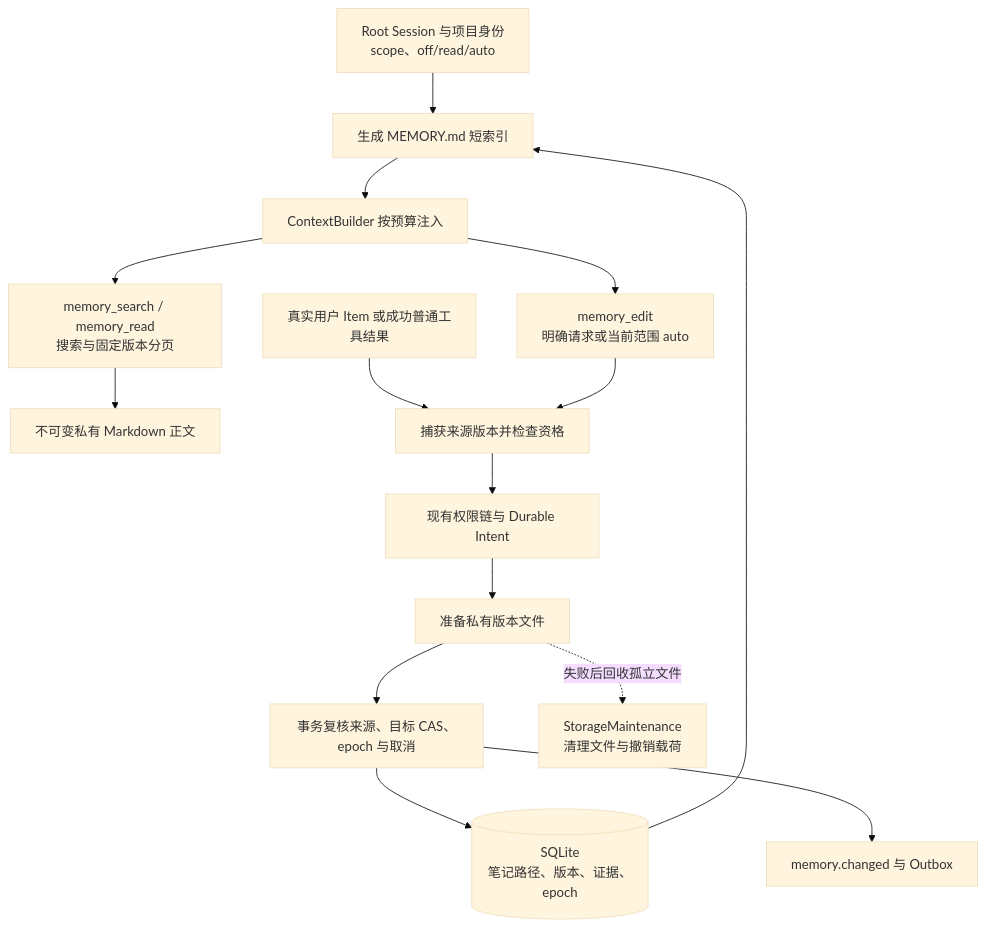
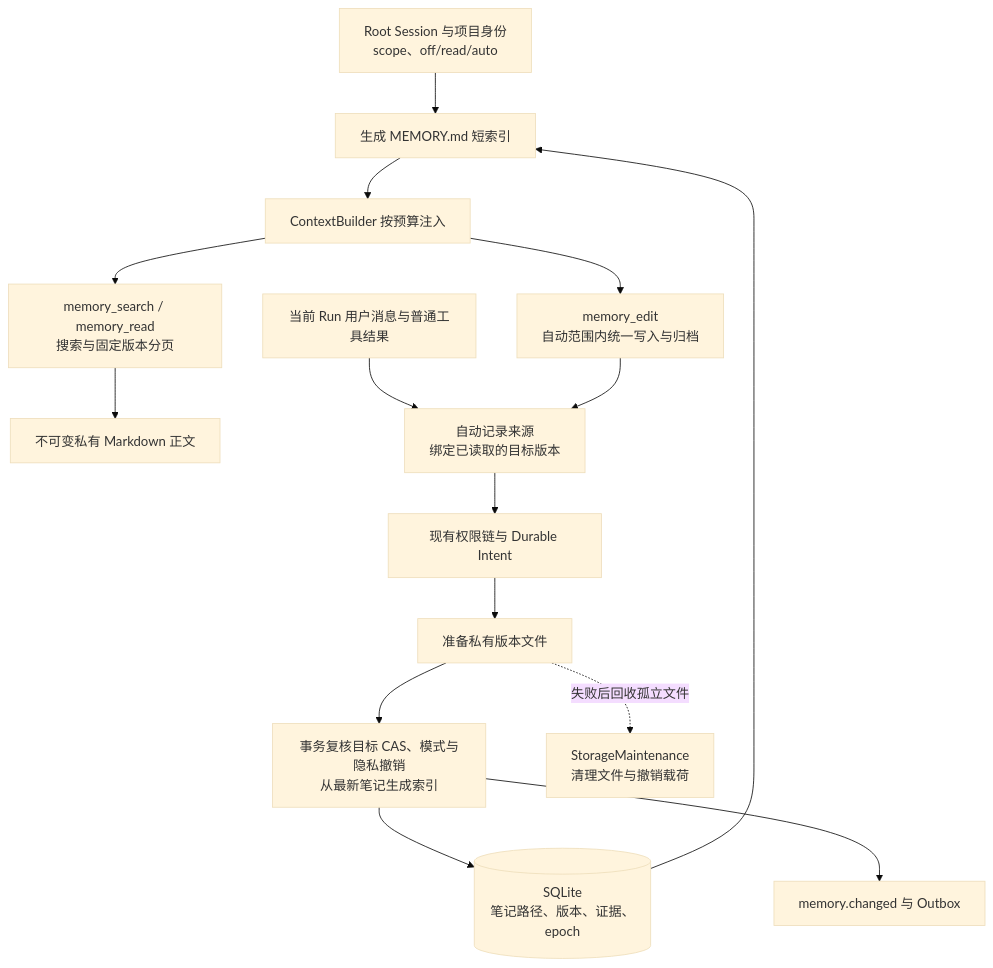
One commit to idy534/Eidos changed the diagram in docs/architecture/diagrams/06-memory.mmd. Above: the diagram before and after it, drawn with Mermaid (base theme). The commit also changed 74 other files, not shown here.

```diff
--- a/docs/architecture/diagrams/06-memory.mmd
+++ b/docs/architecture/diagrams/06-memory.mmd
@@ -1,15 +1,15 @@
 flowchart TB
   access[Root Session 与项目身份<br/>scope、off/read/auto] --> index[生成 MEMORY.md 短索引]
   meta[(SQLite<br/>笔记路径、版本、证据、epoch)] --> index
   index --> context[ContextBuilder 按预算注入]
   context --> search[memory_search / memory_read<br/>搜索与固定版本分页]
   search --> files[不可变私有 Markdown 正文]
-  context --> edit[memory_edit<br/>明确请求或当前范围 auto]
-  sources[真实用户 Item 或成功普通工具结果] --> capture[捕获来源版本并检查资格]
+  context --> edit[memory_edit<br/>自动范围内统一写入与归档]
+  sources[当前 Run 用户消息与普通工具结果] --> capture[自动记录来源<br/>绑定已读取的目标版本]
   edit --> capture
   capture --> intent[现有权限链与 Durable Intent]
   intent --> prepare[准备私有版本文件]
-  prepare --> publish[事务复核来源、目标 CAS、epoch 与取消]
+  prepare --> publish[事务复核目标 CAS、模式与隐私撤销<br/>从最新笔记生成索引]
   publish --> meta
   publish --> event[memory.changed 与 Outbox]
   prepare -.失败后回收孤立文件.-> maintenance[StorageMaintenance<br/>清理文件与撤销载荷]
```
